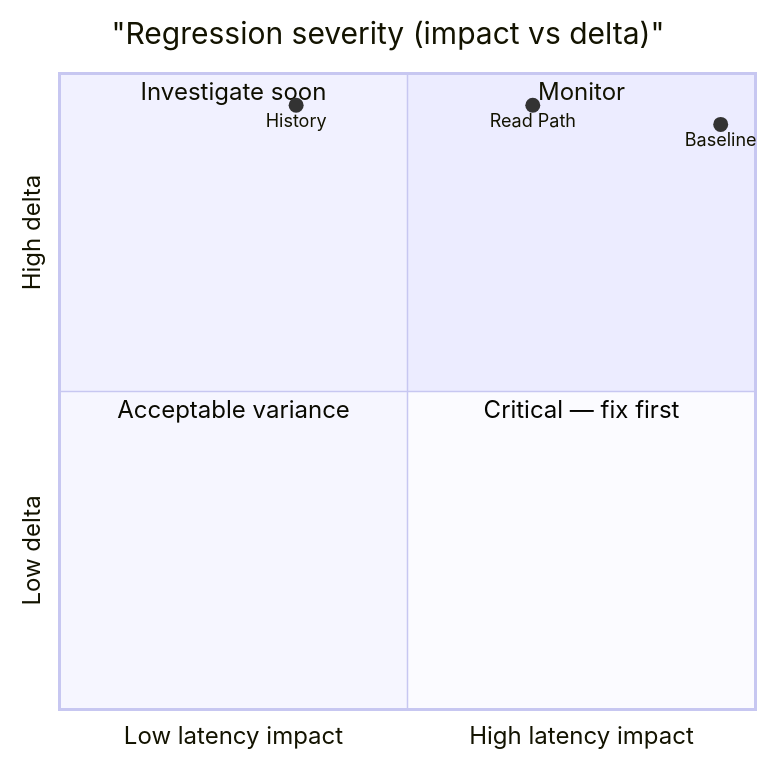
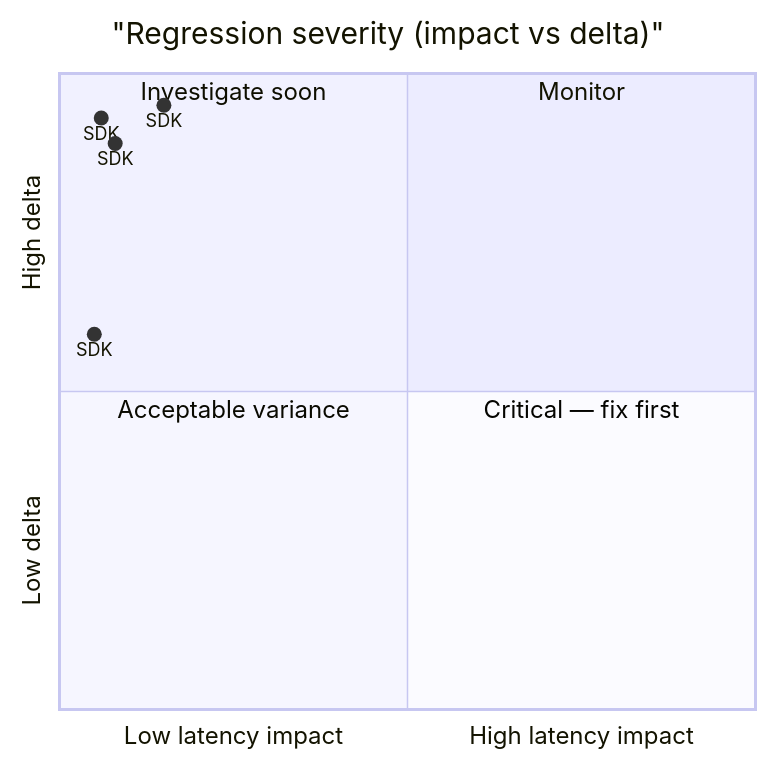
One commit to SveltyCMS/SveltyCMS changed the second of 2 diagrams in docs/project/benchmarks/benchmark_sqlite.mdx. Above: the diagram before and after it, drawn with Mermaid. The commit also changed other lines of this file and 5 other files, not shown here.

````diff
--- a/docs/project/benchmarks/benchmark_sqlite.mdx
+++ b/docs/project/benchmarks/benchmark_sqlite.mdx
@@ -97,13 +100,14 @@
 ```mermaid
 quadrantChart
   title "Regression severity (impact vs delta)"
   x-axis Low latency impact --> High latency impact
   y-axis Low delta --> High delta
   quadrant-1 Monitor
   quadrant-2 Investigate soon
   quadrant-3 Acceptable variance
   quadrant-4 Critical — fix first
-    Baseline: [0.95, 0.92]
-    Read Path: [0.68, 0.95]
-    History: [0.34, 0.95]
+    SDK: [0.05, 0.59]
+    SDK: [0.08, 0.89]
+    SDK: [0.06, 0.93]
+    SDK: [0.15, 0.95]
 ```
````
